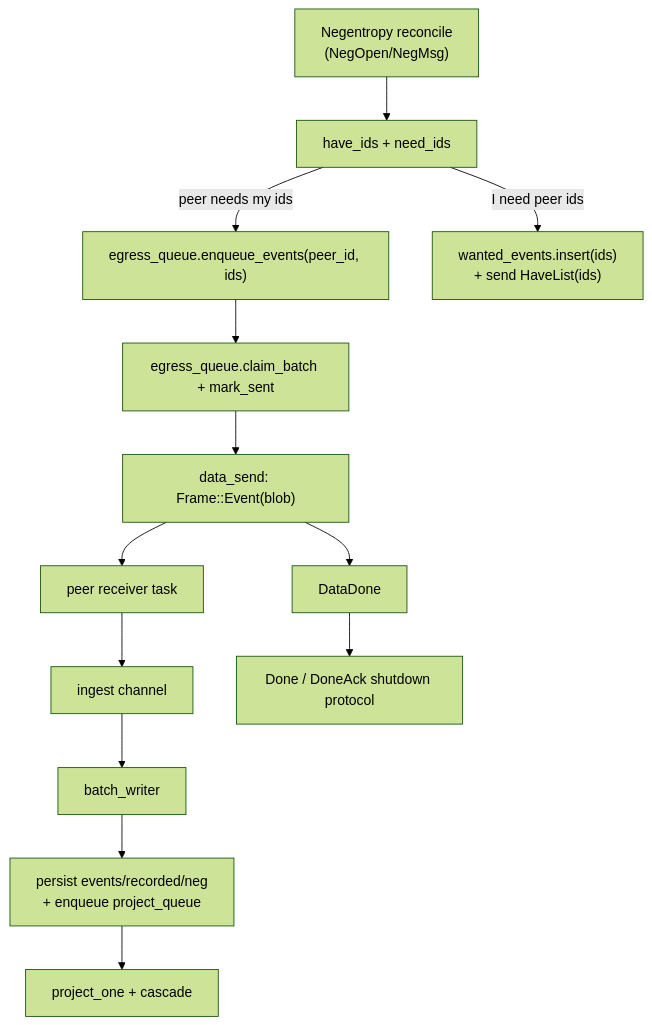
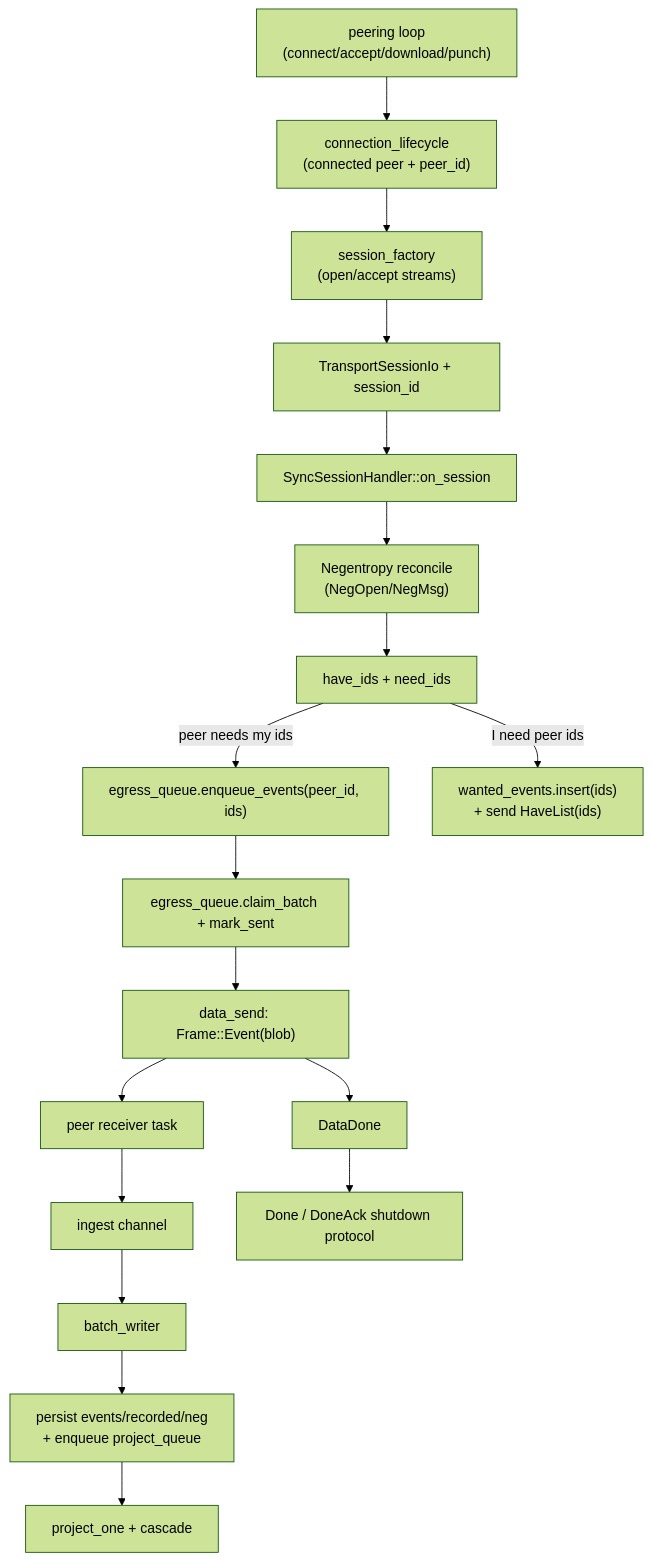
One commit to holmesworcester/topo changed the second of 7 diagrams in docs/CURRENT_RUNTIME_DIAGRAM.md. Above: the diagram before and after it, drawn with Mermaid (forest theme). The commit also changed other lines of this file, not shown here.

Commit message:
Update runtime diagram drafts for transport capsule boundary

````diff
--- a/docs/CURRENT_RUNTIME_DIAGRAM.md
+++ b/docs/CURRENT_RUNTIME_DIAGRAM.md
@@ -67,17 +84,25 @@
 ```mermaid
 flowchart TD
-    NEG["Negentropy reconcile\n(NegOpen/NegMsg)"] --> IDS["have_ids + need_ids"]
+    PEER["peering loop\n(connect/accept/download/punch)"] --> LIFE["connection_lifecycle\n(connected peer + peer_id)"]
+    LIFE --> FACT["session_factory\n(open/accept streams)"]
+    FACT --> IO["TransportSessionIo + session_id"]
+    IO --> HANDLER["SyncSessionHandler::on_session"]
+
+    HANDLER --> NEG["Negentropy reconcile\n(NegOpen/NegMsg)"]
+    NEG --> IDS["have_ids + need_ids"]
+
     IDS -->|peer needs my ids| ENQ["egress_queue.enqueue_events(peer_id, ids)"]
     IDS -->|I need peer ids| HAVE["wanted_events.insert(ids)\n+ send HaveList(ids)"]
 
     ENQ --> CLAIM["egress_queue.claim_batch + mark_sent"]
     CLAIM --> OUT["data_send: Frame::Event(blob)"]
     OUT --> RX["peer receiver task"]
     RX --> IN["ingest channel"]
+
     IN --> WRITER["batch_writer"]
     WRITER --> STORE["persist events/recorded/neg\n+ enqueue project_queue"]
     STORE --> PROJ["project_one + cascade"]
 
     OUT --> DD["DataDone"]
     DD --> SHUT["Done / DoneAck shutdown protocol"]
 ```
````
